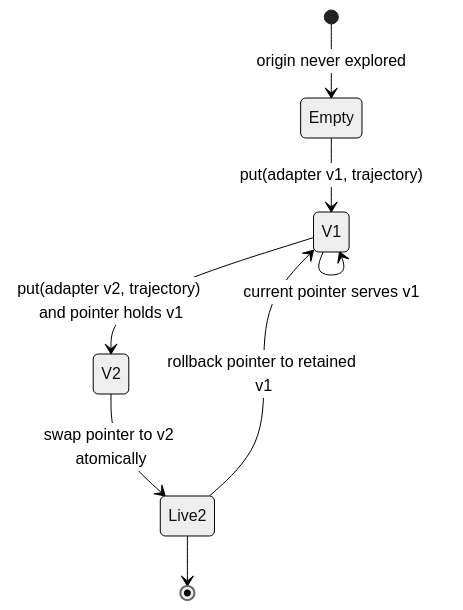
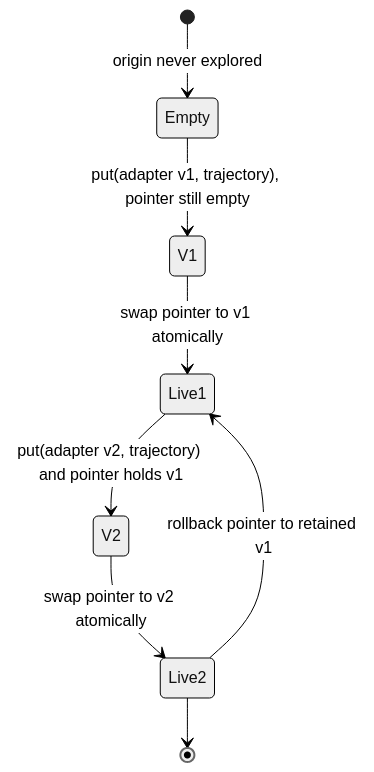
Before and after one commit to febufenn-cyber/drawing-office-v2: the fifth of 8 diagrams in designs/site-adapter-compiler/LLD.md, drawn with Mermaid (neutral theme). The commit also changed other lines of this file and 6 other files, not shown here.

````diff
--- a/designs/site-adapter-compiler/LLD.md
+++ b/designs/site-adapter-compiler/LLD.md
@@ -217,10 +219,10 @@
 ```mermaid
 stateDiagram-v2
     [*] --> Empty: origin never explored
-    Empty --> V1: put(adapter v1, trajectory)
-    V1 --> V1: current pointer serves v1
-    V1 --> V2: put(adapter v2, trajectory) and pointer holds v1
+    Empty --> V1: put(adapter v1, trajectory), pointer still empty
+    V1 --> Live1: swap pointer to v1 atomically
+    Live1 --> V2: put(adapter v2, trajectory) and pointer holds v1
     V2 --> Live2: swap pointer to v2 atomically
-    Live2 --> V1: rollback pointer to retained v1
+    Live2 --> Live1: rollback pointer to retained v1
     Live2 --> [*]
 ```
````
